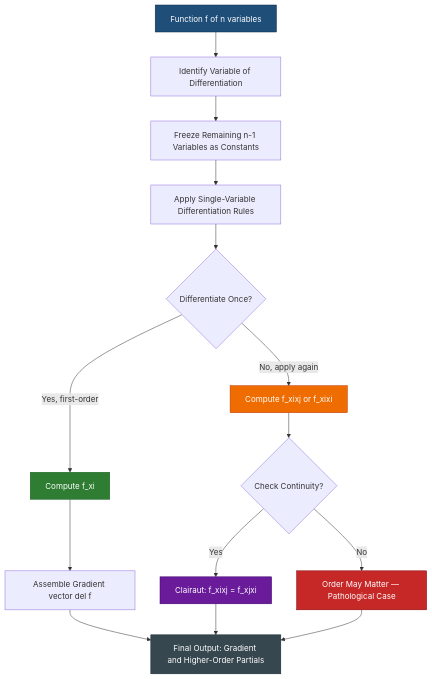
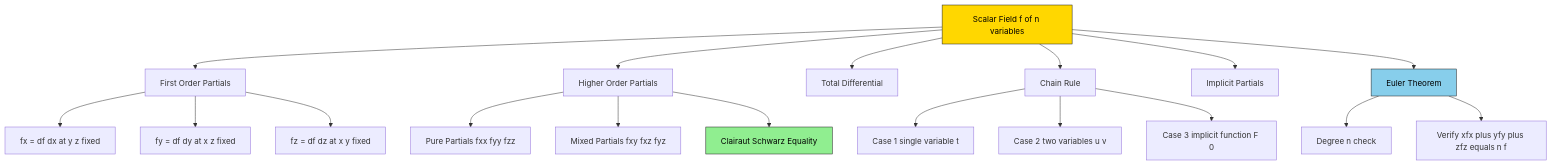
The first of 3 diagrams in public/notes/computer-science-and-engineering/semester-1/gamat101-mathematics-for-information-science-1/02-module-2-functions-of-several-variables-domains-and-ranges/partial-derivatives-of-a-functions-of-more-than-two-variables/notes.md (vishnuu-kr/ktunode), drawn with Mermaid before and after one commit. The commit also changed other lines of this file and 4829 other files, not shown here.

````diff
--- a/public/notes/computer-science-and-engineering/semester-1/gamat101-mathematics-for-information-science-1/02-module-2-functions-of-several-variables-domains-and-ranges/partial-derivatives-of-a-functions-of-more-than-two-variables/notes.md
+++ b/public/notes/computer-science-and-engineering/semester-1/gamat101-mathematics-for-information-science-1/02-module-2-functions-of-several-variables-domains-and-ranges/partial-derivatives-of-a-functions-of-more-than-two-variables/notes.md
@@ -459,23 +439,28 @@
 ```mermaid
 flowchart TD
-    A["Function f of n variables"] --> B["Identify Variable of Differentiation"]
-    B --> C["Freeze Remaining n-1 Variables as Constants"]
-    C --> D["Apply Single-Variable Differentiation Rules"]
-    D --> E{"Differentiate Once?"}
-    E -- "Yes, first-order" --> F["Compute f_xi"]
-    E -- "No, apply again" --> G["Compute f_xixj or f_xixi"]
-    F --> H["Assemble Gradient vector del f"]
-    G --> I{"Check Continuity?"}
-    I -- "Yes" --> J["Clairaut: f_xixj = f_xjxi"]
-    I -- "No" --> K["Order May Matter — Pathological Case"]
-    H --> L["Final Output: Gradient and Higher-Order Partials"]
-    J --> L
-    K --> L
+    A["Scalar Field f of n variables"] --> B["First Order Partials"]
+    A --> C["Higher Order Partials"]
+    A --> D["Total Differential"]
+    A --> E["Chain Rule"]
+    A --> F["Implicit Partials"]
+    A --> G["Euler Theorem"]
 
-    style A fill:#1f4e79,stroke:#0b2545,color:#ffffff
-    style F fill:#2e7d32,stroke:#1b5e20,color:#ffffff
-    style G fill:#ef6c00,stroke:#bf360c,color:#ffffff
-    style J fill:#6a1b9a,stroke:#38006b,color:#ffffff
-    style K fill:#c62828,stroke:#7f0000,color:#ffffff
-    style L fill:#37474f,stroke:#102027,color:#ffffff
+    B --> B1["fx = df dx at y z fixed"]
+    B --> B2["fy = df dy at x z fixed"]
+    B --> B3["fz = df dz at x y fixed"]
+
+    C --> C1["Pure Partials fxx fyy fzz"]
+    C --> C2["Mixed Partials fxy fxz fyz"]
+    C --> C3["Clairaut Schwarz Equality"]
+
+    E --> E1["Case 1 single variable t"]
+    E --> E2["Case 2 two variables u v"]
+    E --> E3["Case 3 implicit function F 0"]
+
+    G --> G1["Degree n check"]
+    G --> G2["Verify xfx plus yfy plus zfz equals n f"]
+
+    style A fill:#FFD700,stroke:#222,color:#000
+    style C3 fill:#90EE90,stroke:#222,color:#000
+    style G fill:#87CEEB,stroke:#222,color:#000
 ```
````
